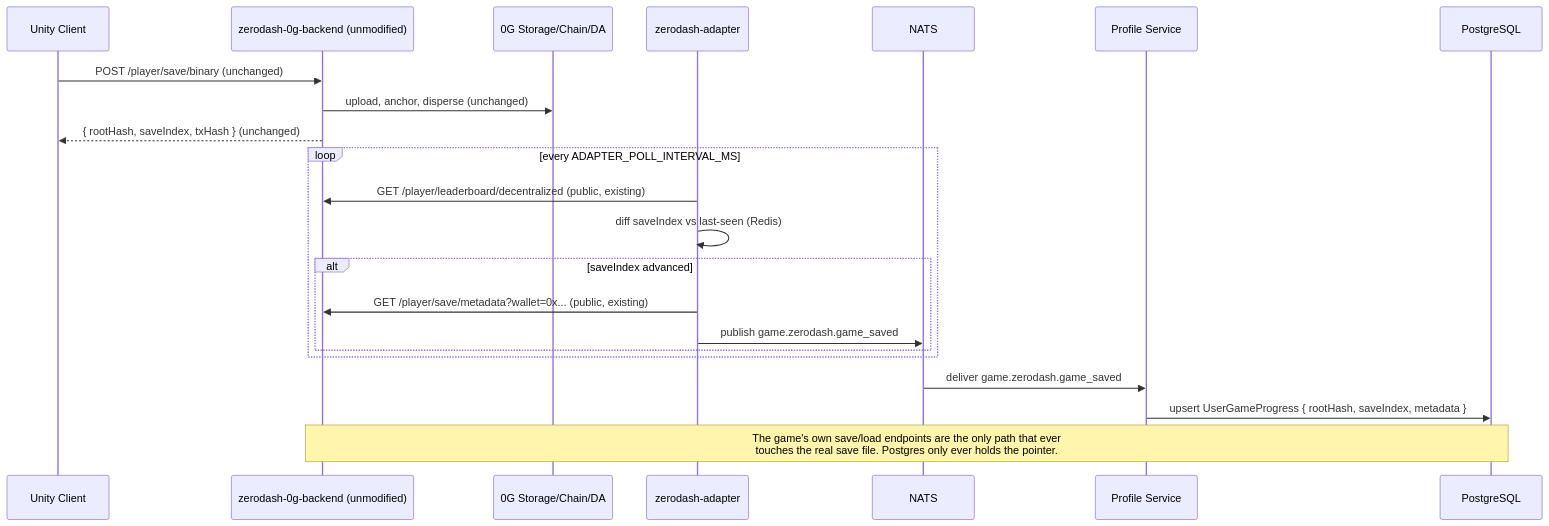
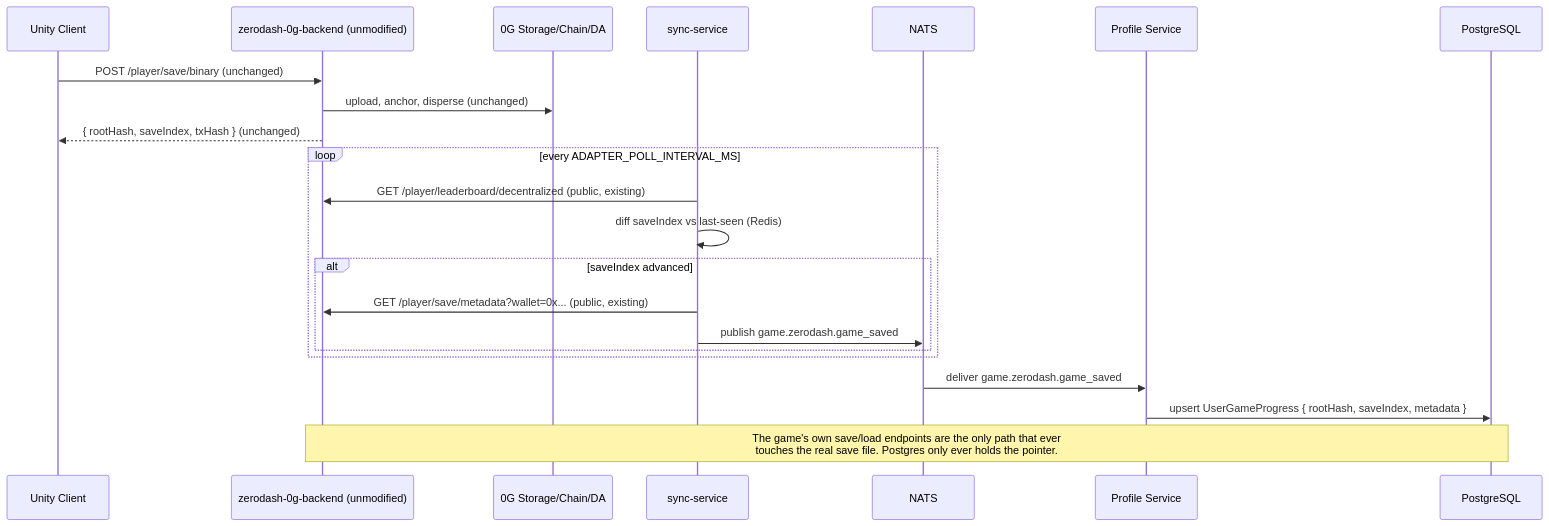
One commit to potassiumdichromate/0g-kultbackend changed the second of 5 diagrams in architecture/02-service-communication.md. Above: the diagram before and after it, drawn with Mermaid. The commit also changed other lines of this file and 62 other files, not shown here.

````diff
--- a/architecture/02-service-communication.md
+++ b/architecture/02-service-communication.md
@@ -29,27 +29,27 @@
 ```mermaid
 sequenceDiagram
     participant Unity as Unity Client
     participant Game as zerodash-0g-backend (unmodified)
     participant ZG as 0G Storage/Chain/DA
-    participant Adapter as zerodash-adapter
+    participant Adapter as sync-service
     participant NATS
     participant Profile as Profile Service
     participant PG as PostgreSQL
 
     Unity->>Game: POST /player/save/binary (unchanged)
     Game->>ZG: upload, anchor, disperse (unchanged)
     Game-->>Unity: { rootHash, saveIndex, txHash } (unchanged)
 
     loop every ADAPTER_POLL_INTERVAL_MS
         Adapter->>Game: GET /player/leaderboard/decentralized (public, existing)
         Adapter->>Adapter: diff saveIndex vs last-seen (Redis)
         alt saveIndex advanced
             Adapter->>Game: GET /player/save/metadata?wallet=0x... (public, existing)
             Adapter->>NATS: publish game.zerodash.game_saved
         end
     end
 
     NATS->>Profile: deliver game.zerodash.game_saved
     Profile->>PG: upsert UserGameProgress { rootHash, saveIndex, metadata }
     Note over Game,PG: The game's own save/load endpoints are the only path that ever<br/>touches the real save file. Postgres only ever holds the pointer.
 ```
````
